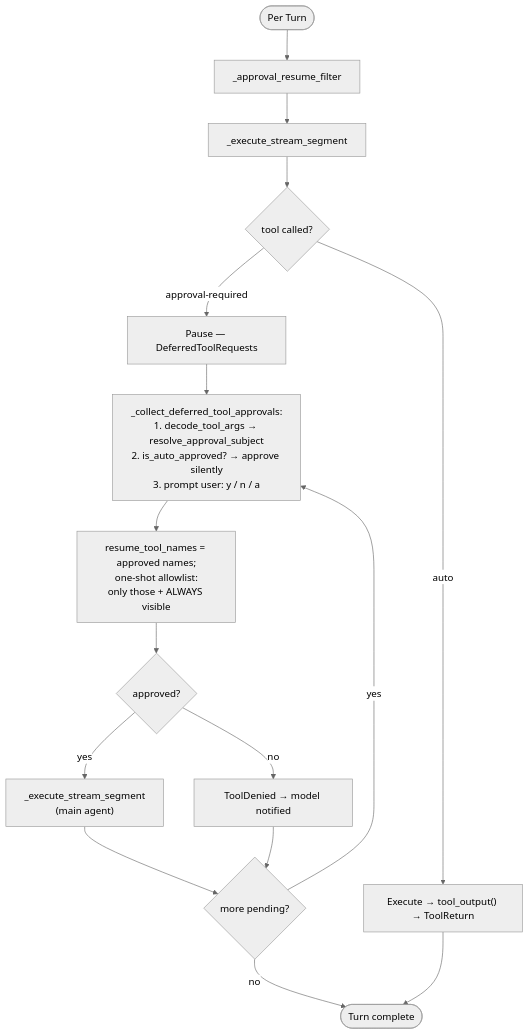
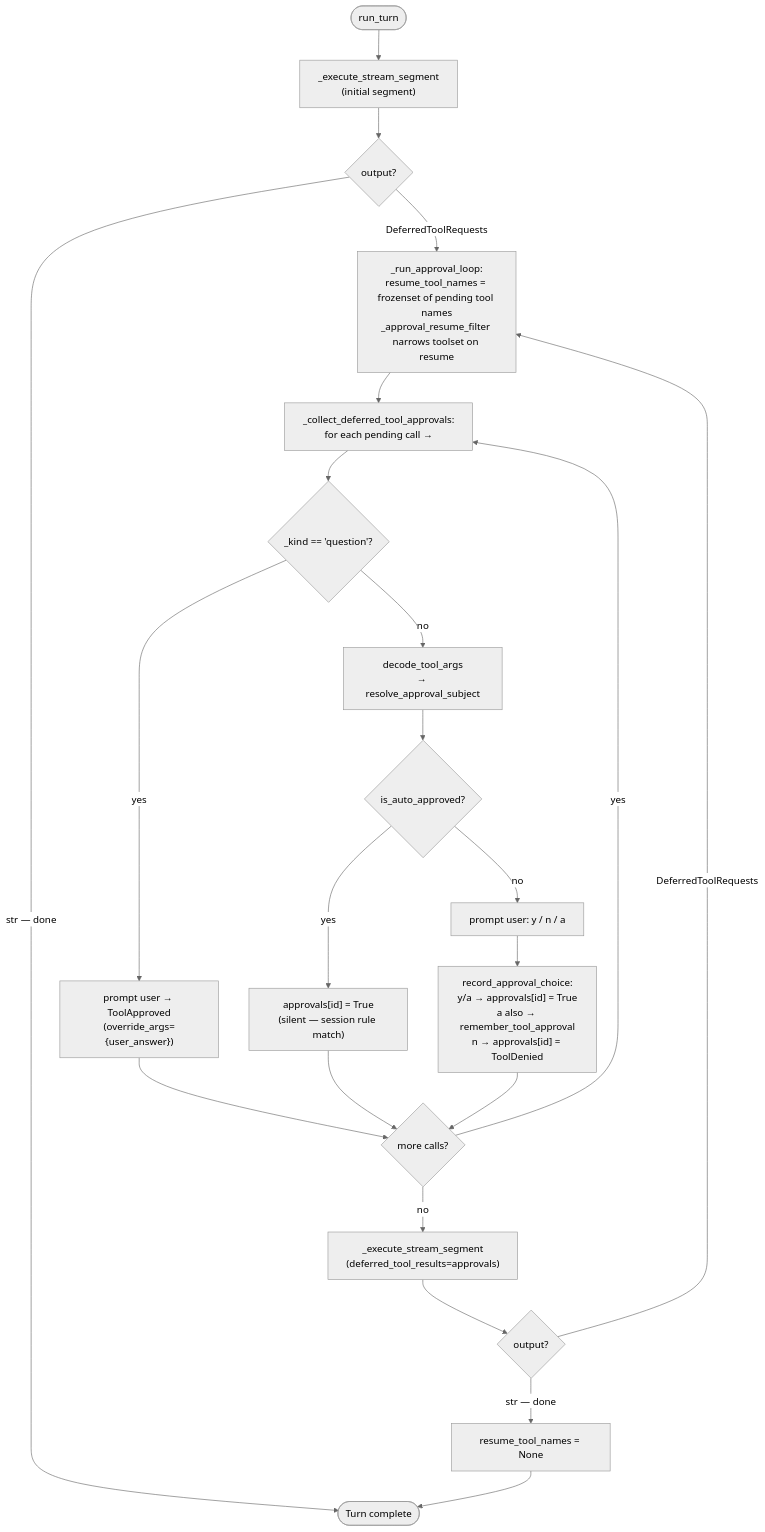
Before and after one commit to binlecode/co-cli: the diagram in docs/specs/tools.md, drawn with Mermaid (neutral theme). The commit also changed other lines of this file and 13 other files, not shown here.

First line of the commit message:
feat: request_user_input tool — mid-execution clarifying question with same-turn resume (v0.7.211)

````diff
--- a/docs/specs/tools.md
+++ b/docs/specs/tools.md
@@ -43,27 +43,31 @@
 ```mermaid
 flowchart TD
-    TURN([Per Turn]) --> FILTER["_approval_resume_filter"]
-    FILTER --> SEG[_execute_stream_segment]
-    SEG --> T{tool called?}
+    TURN([run_turn]) --> SEG["_execute_stream_segment\n(initial segment)"]
+    SEG --> T{output?}
 
-    T -->|auto| EX["Execute → tool_output() → ToolReturn"]
-    T -->|approval-required| PAUSE["Pause — DeferredToolRequests"]
+    T -->|str — done| DONE([Turn complete])
+    T -->|DeferredToolRequests| SETNAMES["_run_approval_loop:\nresume_tool_names = frozenset of pending tool names\n_approval_resume_filter narrows toolset on resume"]
 
-    PAUSE --> COLLECT["_collect_deferred_tool_approvals:
-1. decode_tool_args → resolve_approval_subject
-2. is_auto_approved? → approve silently
-3. prompt user: y / n / a"]
-    COLLECT --> NARROW["resume_tool_names = approved names;
-one-shot allowlist:
-only those + ALWAYS visible"]
-    NARROW --> AP{approved?}
-    AP -->|yes| RESUME["_execute_stream_segment
-(main agent)"]
-    AP -->|no| DENY["ToolDenied → model notified"]
-    RESUME --> MORE{more pending?}
-    DENY --> MORE
+    SETNAMES --> COLLECT["_collect_deferred_tool_approvals:\nfor each pending call →"]
+
+    COLLECT --> QK{_kind == 'question'?}
+    QK -->|yes| QANS["prompt user → ToolApproved\n(override_args={user_answer})"]
+    QK -->|no| STD["decode_tool_args\n→ resolve_approval_subject"]
+
+    STD --> AUTO{is_auto_approved?}
+    AUTO -->|yes| SILENT["approvals[id] = True\n(silent — session rule match)"]
+    AUTO -->|no| PROMPT["prompt user: y / n / a"]
+    PROMPT --> REC["record_approval_choice:\ny/a → approvals[id] = True\na also → remember_tool_approval\nn → approvals[id] = ToolDenied"]
+
+    QANS --> MORE{more calls?}
+    SILENT --> MORE
+    REC --> MORE
+
     MORE -->|yes| COLLECT
-    MORE -->|no| DONE
+    MORE -->|no| RESUME["_execute_stream_segment\n(deferred_tool_results=approvals)"]
 
-    EX --> DONE([Turn complete])
+    RESUME --> AGAIN{output?}
+    AGAIN -->|DeferredToolRequests| SETNAMES
+    AGAIN -->|str — done| CLEAR["resume_tool_names = None"]
+    CLEAR --> DONE
 ```
````
